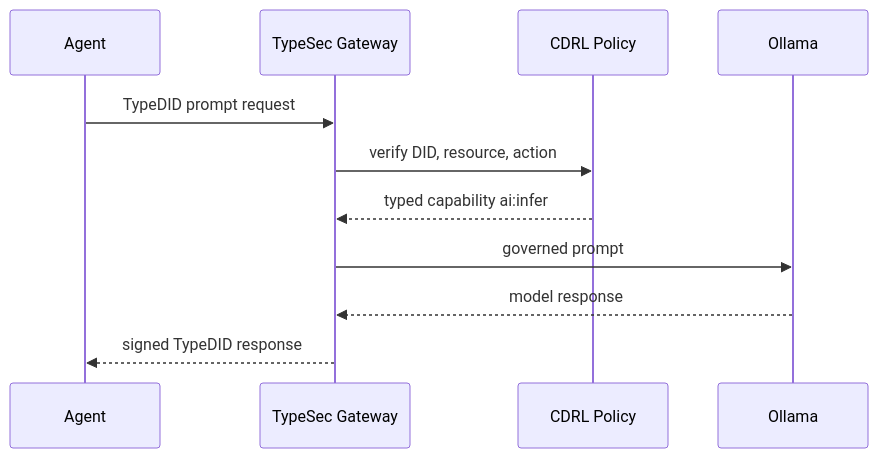
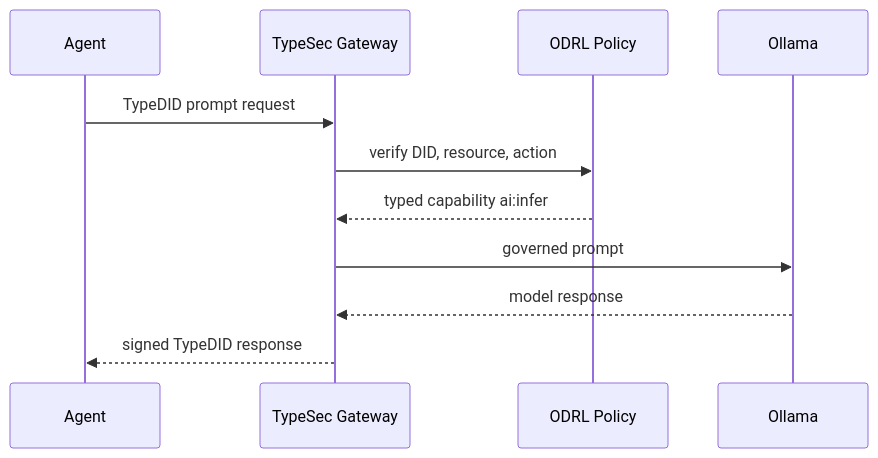
Before and after one commit to querygraph/qg-rust: the eighth of 17 diagrams in docs/book/manuscript.md, drawn with Mermaid. The commit also changed other lines of this file and 23 other files, not shown here.

````diff
--- a/docs/book/manuscript.md
+++ b/docs/book/manuscript.md
@@ -426,13 +426,13 @@
 ```mermaid
 sequenceDiagram
     participant A as Agent
     participant T as TypeSec Gateway
-    participant P as CDRL Policy
+    participant P as ODRL Policy
     participant M as Ollama
     A->>T: TypeDID prompt request
     T->>P: verify DID, resource, action
     P-->>T: typed capability ai:infer
     T->>M: governed prompt
     M-->>T: model response
     T-->>A: signed TypeDID response
 ```
````
